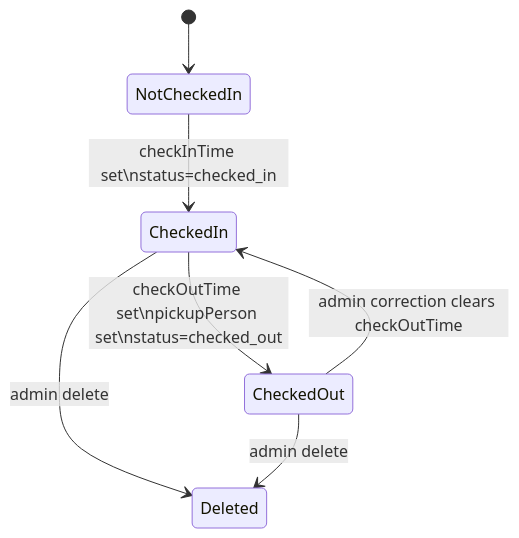
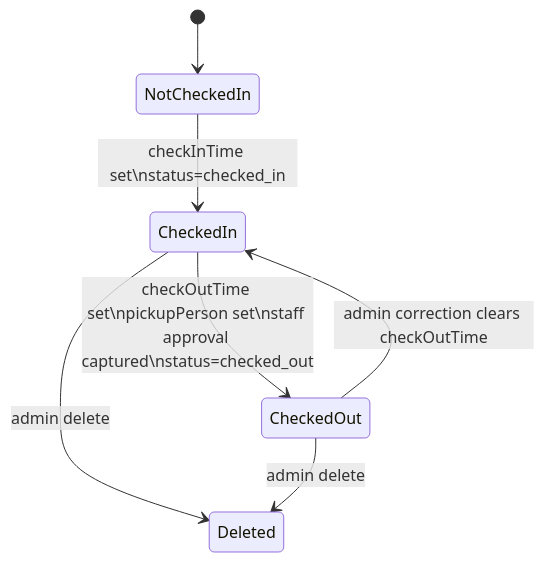
Before and after one commit to checkinout82026-cmd/checkin: the second of 2 diagrams in docs/03-data-model-and-schema.md, drawn with Mermaid. The commit also changed other lines of this file and 9 other files, not shown here.

````diff
--- a/docs/03-data-model-and-schema.md
+++ b/docs/03-data-model-and-schema.md
@@ -242,9 +242,9 @@
 ```mermaid
 stateDiagram-v2
   [*] --> NotCheckedIn
   NotCheckedIn --> CheckedIn: checkInTime set\nstatus=checked_in
-  CheckedIn --> CheckedOut: checkOutTime set\npickupPerson set\nstatus=checked_out
+  CheckedIn --> CheckedOut: checkOutTime set\npickupPerson set\nstaff approval captured\nstatus=checked_out
   CheckedOut --> CheckedIn: admin correction clears checkOutTime
   CheckedIn --> Deleted: admin delete
   CheckedOut --> Deleted: admin delete
 ```
````
